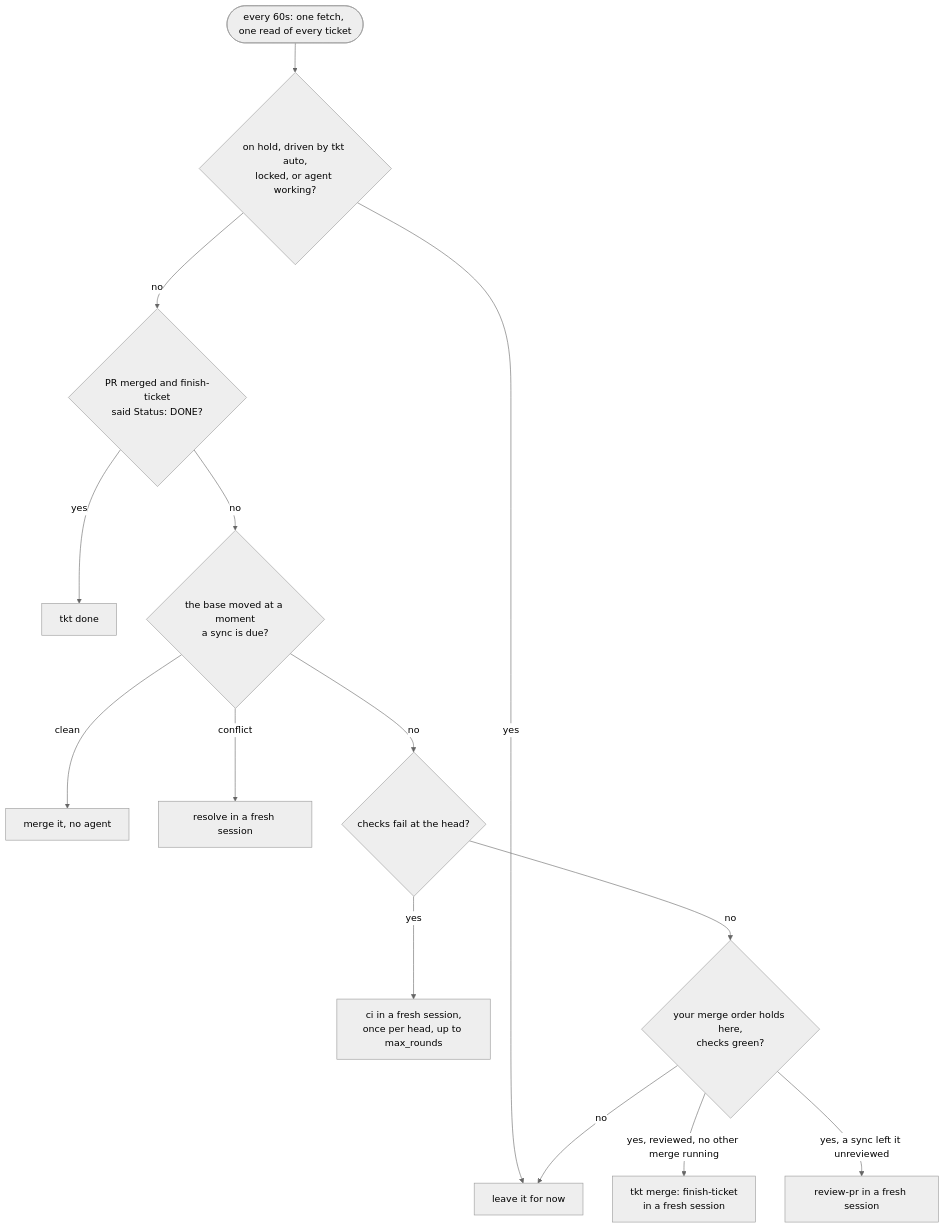
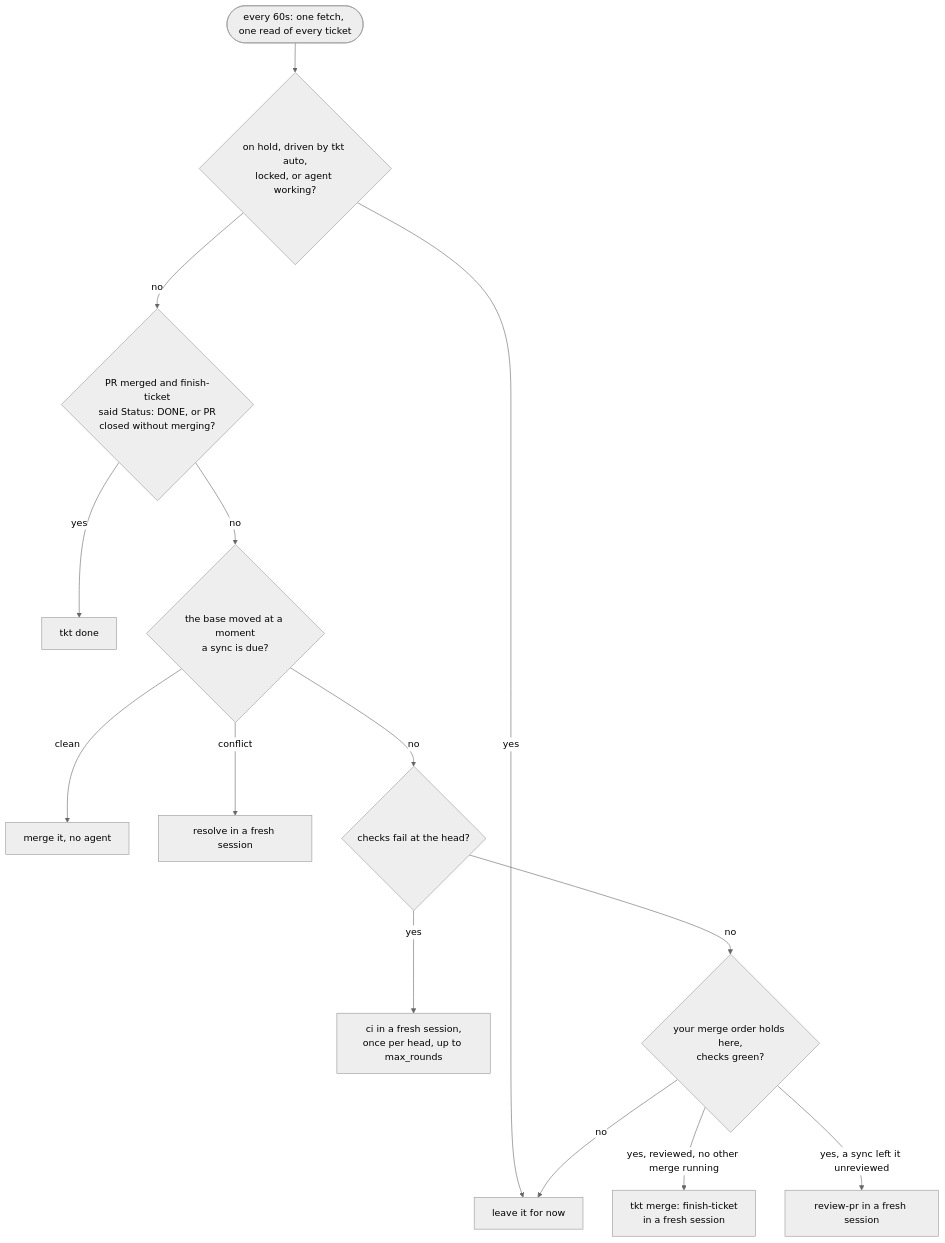
Before and after one commit to rogsme/tkt: the sixth of 9 diagrams in docs/lifecycle.md, drawn with Mermaid (neutral theme). The commit also changed other lines of this file and 25 other files, not shown here.

First line of the commit message:
Remove tickets whose pull request closed without merging

````diff
--- a/docs/lifecycle.md
+++ b/docs/lifecycle.md
@@ -333,16 +333,16 @@
 ```mermaid
 flowchart TD
   pass(["every 60s: one fetch, one read of every ticket"]) --> skip{"on hold, driven by tkt auto,<br/>locked, or agent working?"}
   skip -->|yes| leave["leave it for now"]
-  skip -->|no| merged{"PR merged and finish-ticket<br/>said Status: DONE?"}
+  skip -->|no| merged{"PR merged and finish-ticket<br/>said Status: DONE, or PR<br/>closed without merging?"}
   merged -->|yes| done["tkt done"]
   merged -->|no| behind{"the base moved at a moment<br/>a sync is due?"}
   behind -->|clean| sync["merge it, no agent"]
   behind -->|conflict| resolve["resolve in a fresh session"]
   behind -->|no| ci{"checks fail at the head?"}
   ci -->|yes| fix["ci in a fresh session,<br/>once per head, up to max_rounds"]
   ci -->|no| order{"your merge order holds here,<br/>checks green?"}
   order -->|"yes, reviewed, no other merge running"| merge["tkt merge: finish-ticket<br/>in a fresh session"]
   order -->|"yes, a sync left it unreviewed"| review["review-pr in a fresh session"]
   order -->|no| leave
 ```
````
